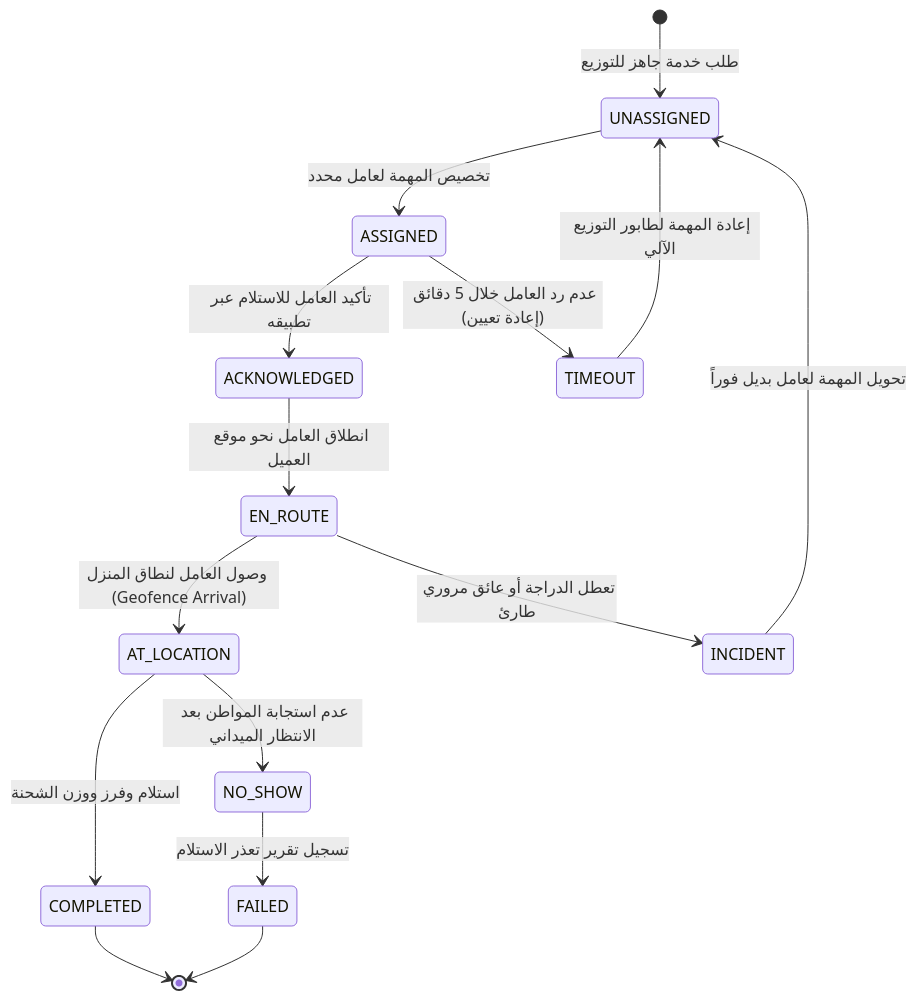
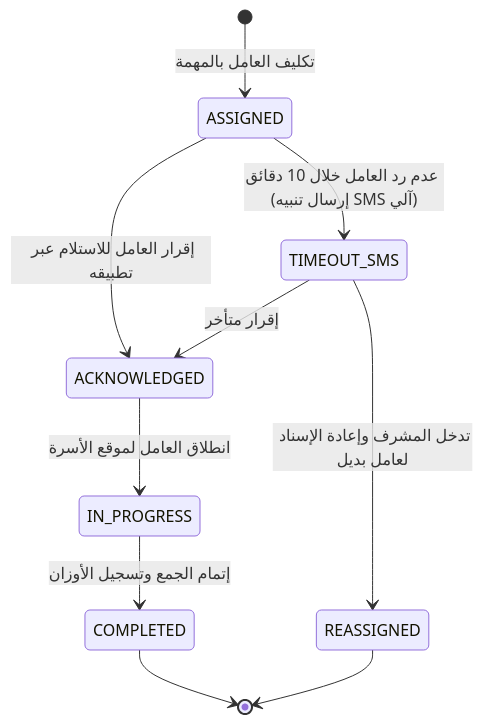
Before and after one commit to A-S-Y/Athar: the fourth of 5 diagrams in docs/03-flows-and-logic/state-machines.md, drawn with Mermaid. The commit also changed other lines of this file and 21 other files, not shown here.

Commit message:
refactor: align full architecture, diagrams, and docs strictly with canonical operational blueprint

````diff
--- a/docs/03-flows-and-logic/state-machines.md
+++ b/docs/03-flows-and-logic/state-machines.md
@@ -83,26 +105,16 @@
 ```mermaid
 stateDiagram-v2
-    [*] --> UNASSIGNED: طلب خدمة جاهز للتوزيع
+    [*] --> ASSIGNED: تكليف العامل بالمهمة
+    
+    ASSIGNED --> ACKNOWLEDGED: إقرار العامل للاستلام عبر تطبيقه
+    ASSIGNED --> TIMEOUT_SMS: عدم رد العامل خلال 10 دقائق (إرسال تنبيه SMS آلي)
+    
+    TIMEOUT_SMS --> ACKNOWLEDGED: إقرار متأخر
+    TIMEOUT_SMS --> REASSIGNED: تدخل المشرف وإعادة الإسناد لعامل بديل
 
-    UNASSIGNED --> ASSIGNED: تخصيص المهمة لعامل محدد
-    
-    ASSIGNED --> ACKNOWLEDGED: تأكيد العامل للاستلام عبر تطبيقه
-    ASSIGNED --> TIMEOUT: عدم رد العامل خلال 5 دقائق (إعادة تعيين)
-    
-    TIMEOUT --> UNASSIGNED: إعادة المهمة لطابور التوزيع الآلي
-
-    ACKNOWLEDGED --> EN_ROUTE: انطلاق العامل نحو موقع العميل
-    
-    EN_ROUTE --> AT_LOCATION: وصول العامل لنطاق المنزل (Geofence Arrival)
-    EN_ROUTE --> INCIDENT: تعطل الدراجة أو عائق مروري طارئ
-    
-    INCIDENT --> UNASSIGNED: تحويل المهمة لعامل بديل فوراً
-
-    AT_LOCATION --> COMPLETED: استلام وفرز ووزن الشحنة
-    AT_LOCATION --> NO_SHOW: عدم استجابة المواطن بعد الانتظار الميداني
-
-    NO_SHOW --> FAILED: تسجيل تقرير تعذر الاستلام
+    ACKNOWLEDGED --> IN_PROGRESS: انطلاق العامل لموقع الأسرة
+    IN_PROGRESS --> COMPLETED: إتمام الجمع وتسجيل الأوزان
     
     COMPLETED --> [*]
-    FAILED --> [*]
+    REASSIGNED --> [*]
 ```
````
